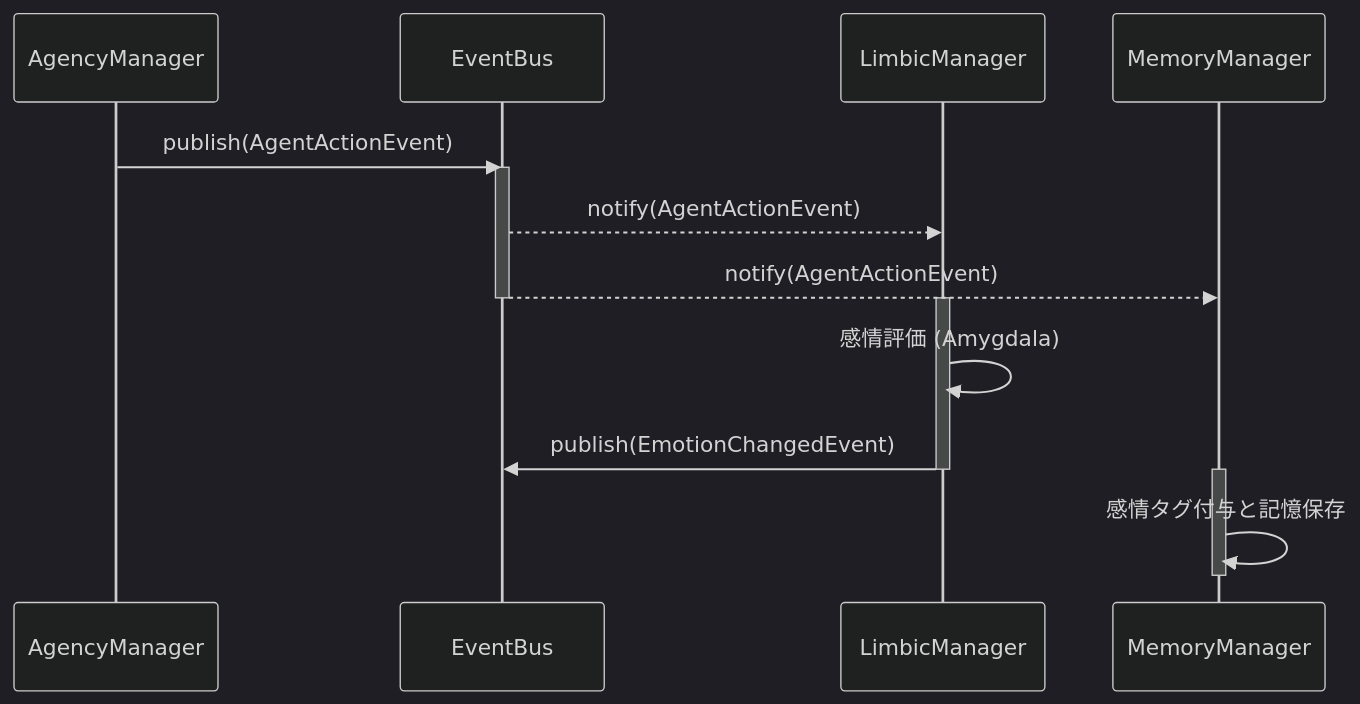
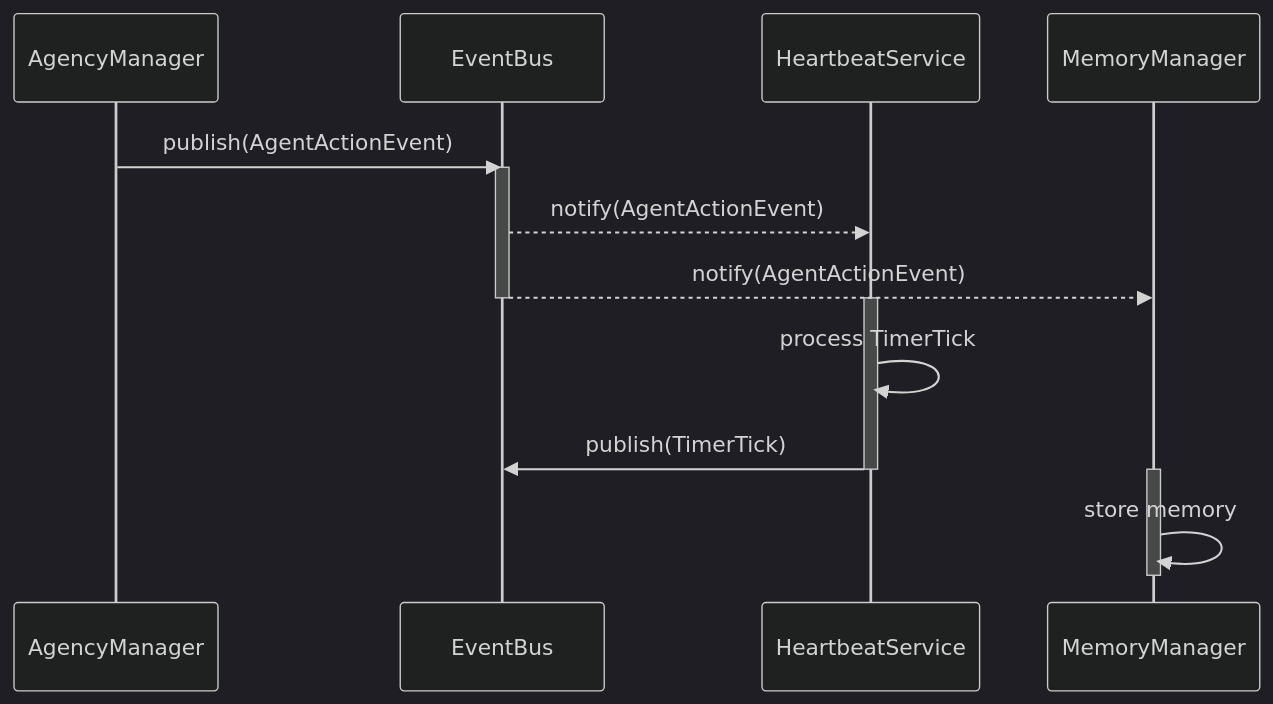
Before and after one commit to ibukani/iris-mind: the second of 2 diagrams in .agents/skills/iris-visualize/SKILL.md, drawn with Mermaid (dark theme). The commit also changed other lines of this file and 359 other files, not shown here.

````diff
--- a/.agents/skills/iris-visualize/SKILL.md
+++ b/.agents/skills/iris-visualize/SKILL.md
@@ -105,22 +106,22 @@
 ```mermaid
 sequenceDiagram
     participant A as AgencyManager
     participant E as EventBus
-    participant L as LimbicManager
+    participant H as HeartbeatService
     participant M as MemoryManager
 
     A->>E: publish(AgentActionEvent)
     activate E
-    E-->>L: notify(AgentActionEvent)
+    E-->>H: notify(AgentActionEvent)
     E-->>M: notify(AgentActionEvent)
     deactivate E
 
-    activate L
-    L->>L: 感情評価 (Amygdala)
-    L->>E: publish(EmotionChangedEvent)
-    deactivate L
+    activate H
+    H->>H: process TimerTick
+    H->>E: publish(TimerTick)
+    deactivate H
 
     activate M
-    M->>M: 感情タグ付与と記憶保存
+    M->>M: store memory
     deactivate M
 ```
````
